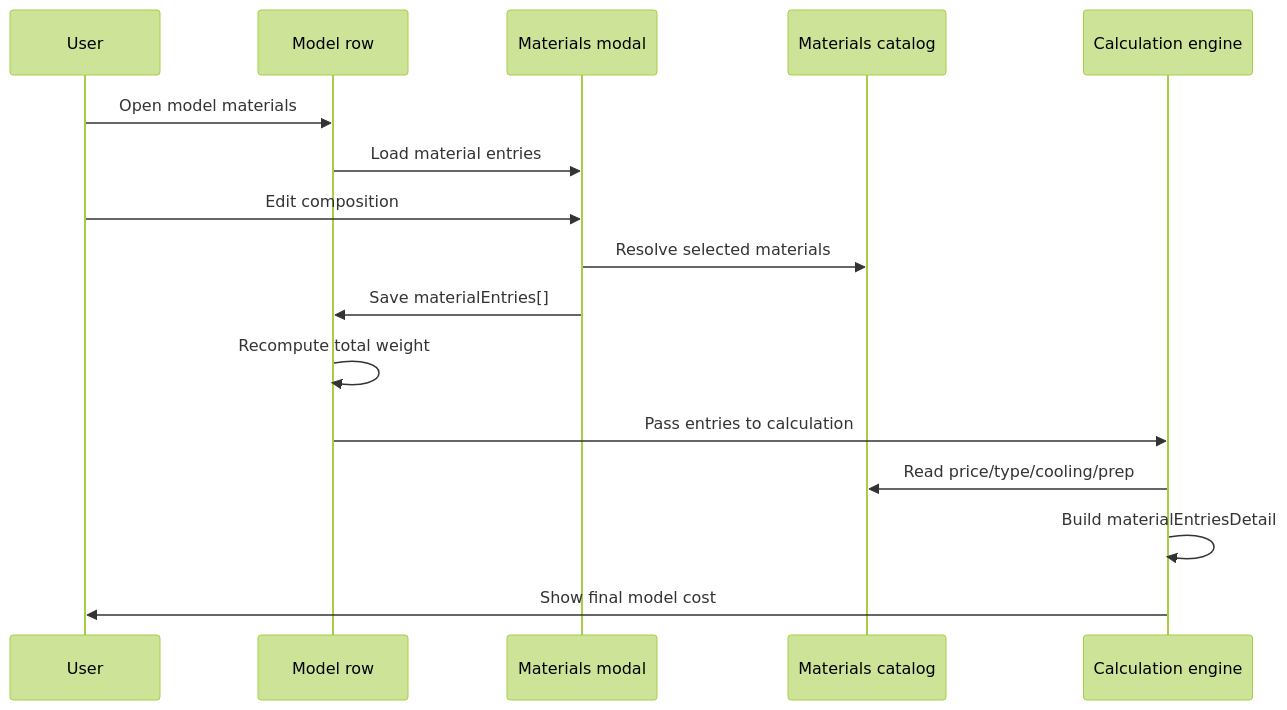
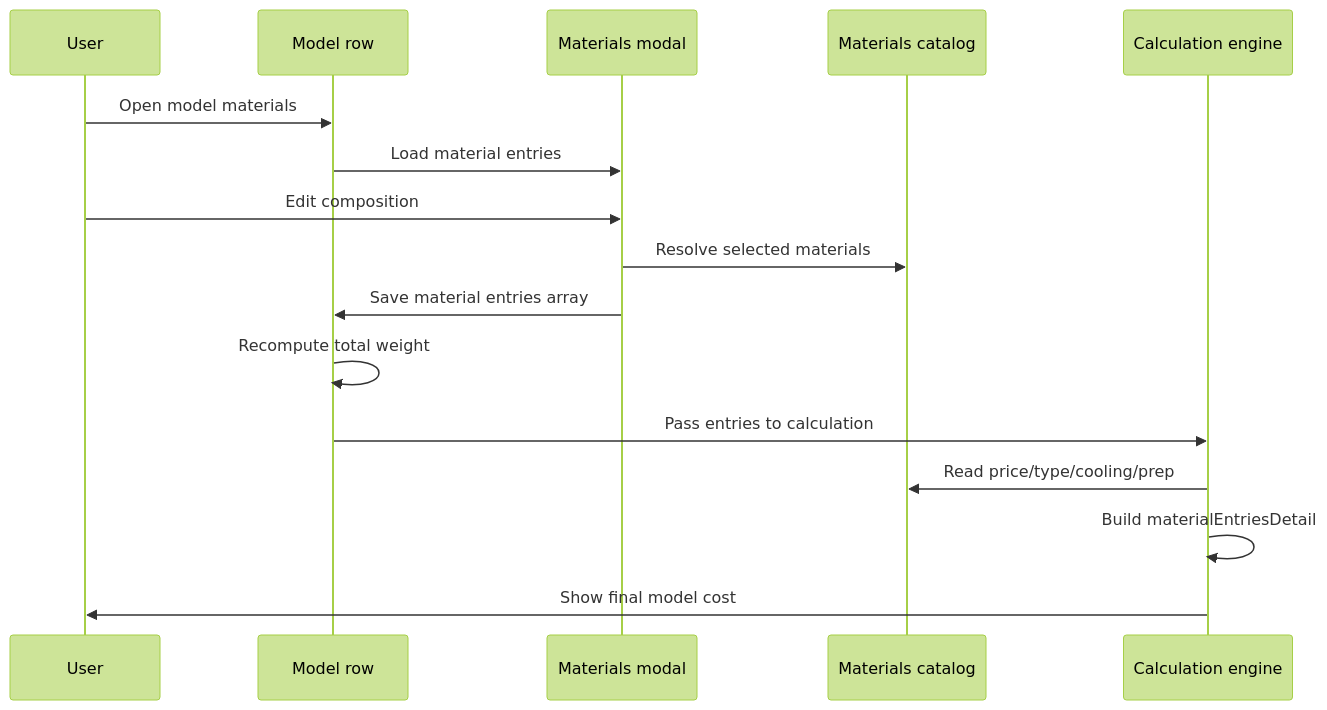
One commit to nazbav/3d-price changed the fifth of 10 diagrams in README.md. Above: the diagram before and after it, drawn with Mermaid (forest theme). The commit also changed other lines of this file and 1 other file, not shown here.

Commit message:
Исправить mermaid в README

````diff
--- a/README.md
+++ b/README.md
@@ -333,19 +333,19 @@
 ```mermaid
-sequenceDiagram
+    sequenceDiagram
     participant U as User
     participant ROW as Model row
     participant MODAL as Materials modal
     participant CAT as Materials catalog
     participant ENG as Calculation engine
 
     U->>ROW: Open model materials
     ROW->>MODAL: Load material entries
     U->>MODAL: Edit composition
     MODAL->>CAT: Resolve selected materials
-    MODAL->>ROW: Save materialEntries[]
+    MODAL->>ROW: Save material entries array
     ROW->>ROW: Recompute total weight
     ROW->>ENG: Pass entries to calculation
     ENG->>CAT: Read price/type/cooling/prep
     ENG->>ENG: Build materialEntriesDetail
     ENG->>U: Show final model cost
 ```
````
